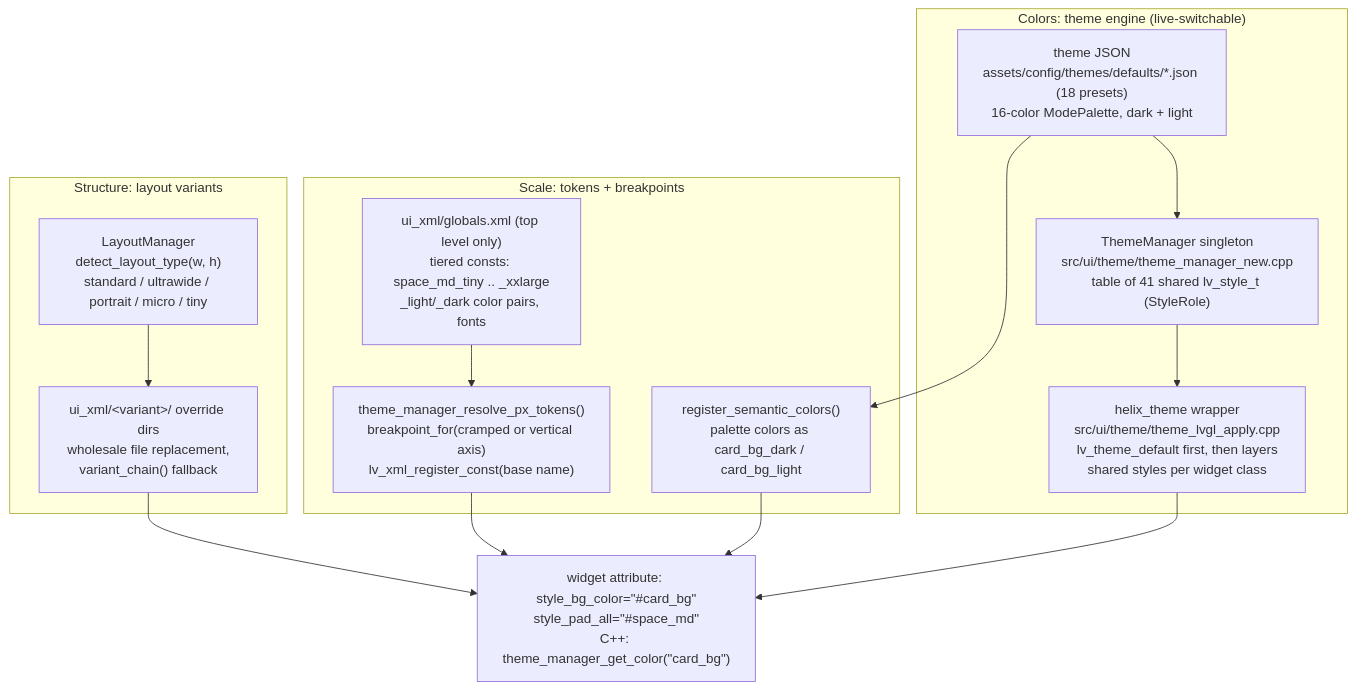
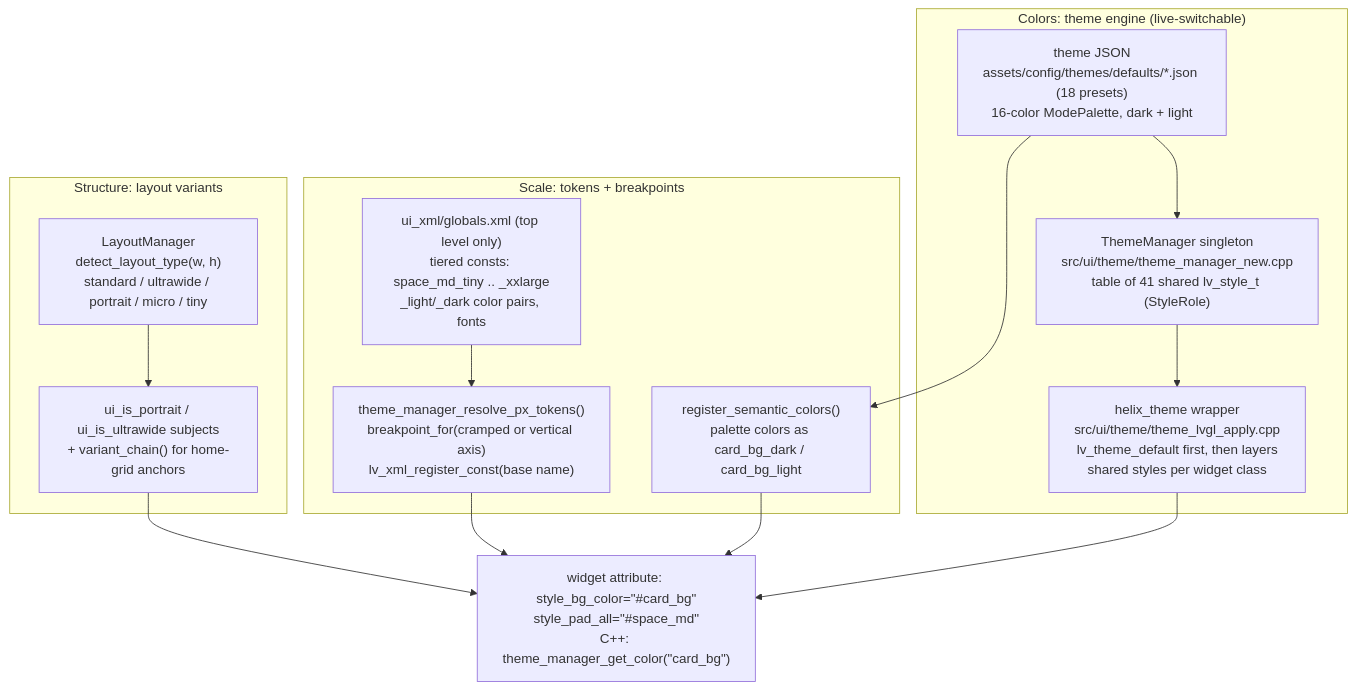
One commit to prestonbrown/helixscreen changed the diagram in docs/devel/architecture/10-theme-tokens-layout.md. Above: the diagram before and after it, drawn with Mermaid. The commit also changed other lines of this file and 122 other files, not shown here.

````diff
--- a/docs/devel/architecture/10-theme-tokens-layout.md
+++ b/docs/devel/architecture/10-theme-tokens-layout.md
@@ -19,26 +18,26 @@
 ```mermaid
 flowchart TB
     subgraph COLORS["Colors: theme engine (live-switchable)"]
         TJSON["theme JSON<br/>assets/config/themes/defaults/*.json (18 presets)<br/>16-color ModePalette, dark + light"]
         TM["ThemeManager singleton<br/>src/ui/theme/theme_manager_new.cpp<br/>table of 41 shared lv_style_t (StyleRole)"]
         kWrap["helix_theme wrapper<br/>src/ui/theme/theme_lvgl_apply.cpp<br/>lv_theme_default first, then layers<br/>shared styles per widget class"]
         TJSON --> TM --> kWrap
     end
     subgraph SCALE["Scale: tokens + breakpoints"]
         GXML["ui_xml/globals.xml (top level only)<br/>tiered consts: space_md_tiny .. _xxlarge<br/>_light/_dark color pairs, fonts"]
         RES["theme_manager_resolve_px_tokens()<br/>breakpoint_for(cramped or vertical axis)<br/>lv_xml_register_const(base name)"]
         GXML --> RES
         SEM["register_semantic_colors()<br/>palette colors as card_bg_dark / card_bg_light"]
         TJSON --> SEM
     end
     subgraph STRUCT["Structure: layout variants"]
         LM["LayoutManager<br/>detect_layout_type(w, h)<br/>standard / ultrawide / portrait / micro / tiny"]
-        VD["ui_xml/&lt;variant&gt;/ override dirs<br/>wholesale file replacement,<br/>variant_chain() fallback"]
+        VD["ui_is_portrait / ui_is_ultrawide subjects<br/>+ variant_chain() for home-grid anchors"]
         LM --> VD
     end
     USE["widget attribute: style_bg_color=&quot;#card_bg&quot;<br/>style_pad_all=&quot;#space_md&quot;<br/>C++: theme_manager_get_color(&quot;card_bg&quot;)"]
     kWrap --> USE
     RES --> USE
     SEM --> USE
     VD --> USE
 ```
````
